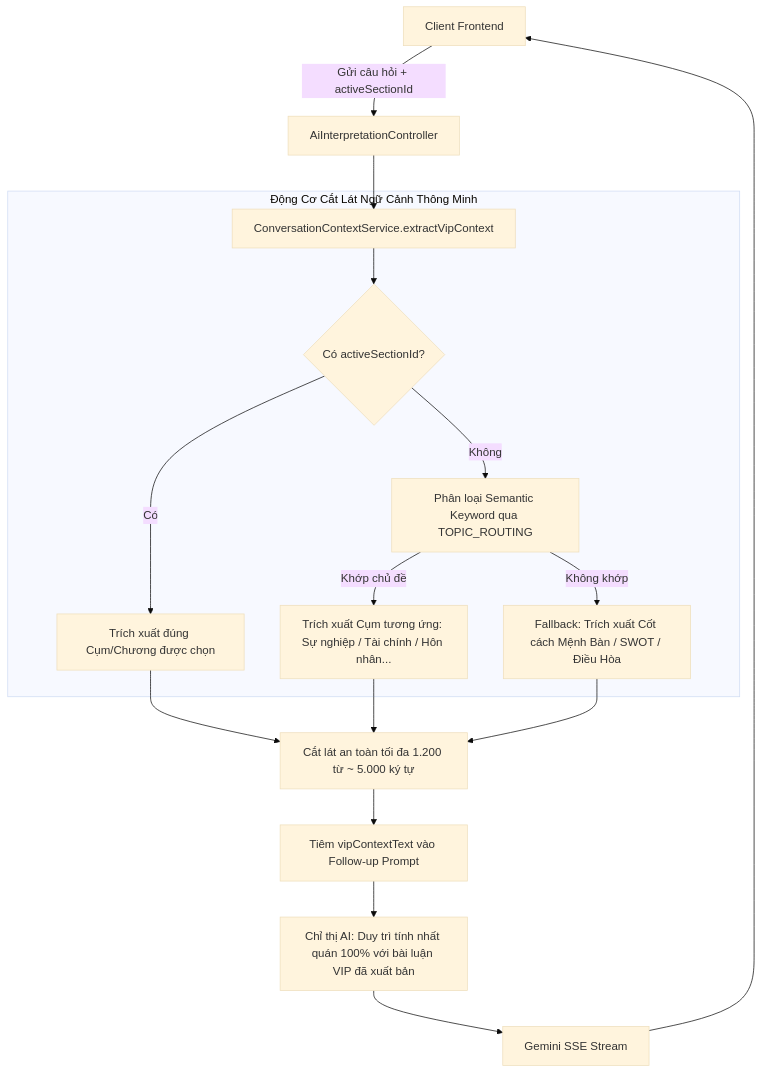
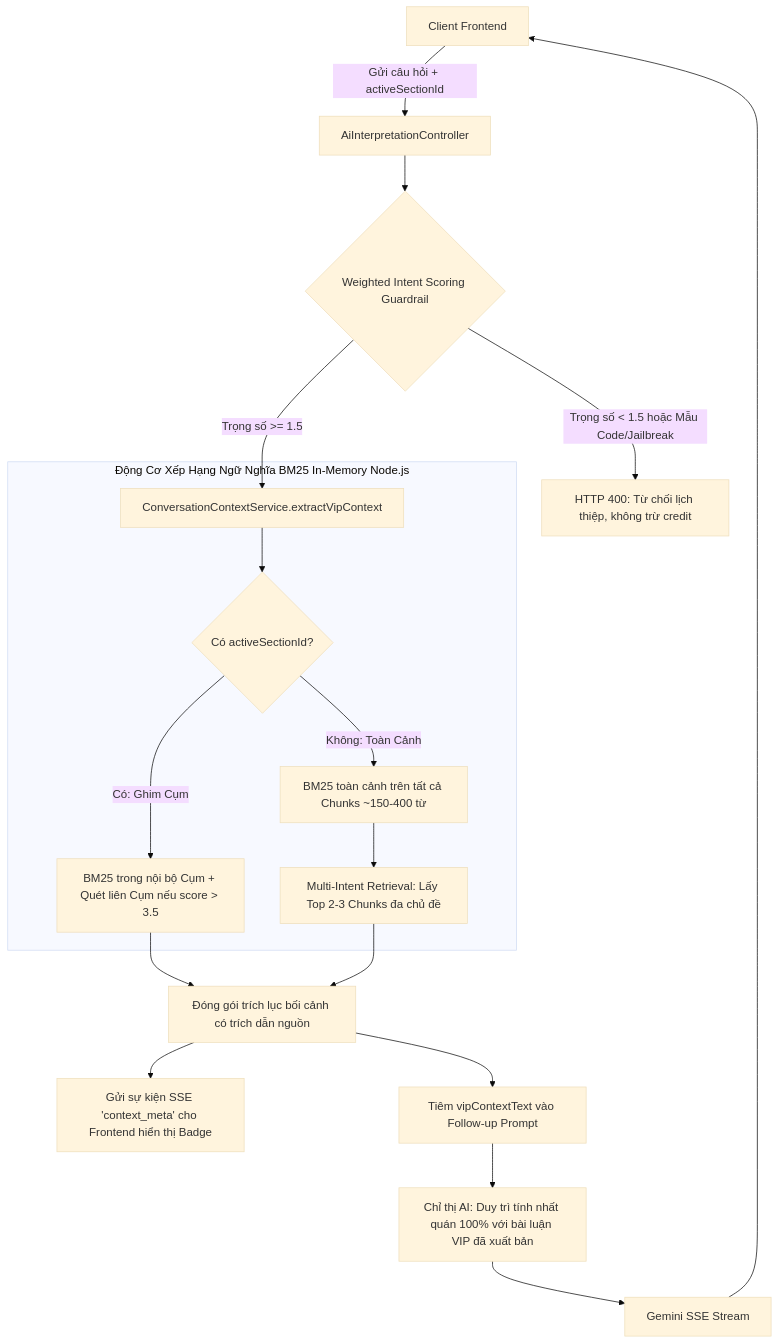
Before and after one commit to tuynover/Phong_Thuy: the fifth of 8 diagrams in docs/ARCHITECTURE.md, drawn with Mermaid (base theme). The commit also changed other lines of this file and 7 other files, not shown here.

Commit message:
9/9/2026 lan 2:update chấm điểm chat , thuật toán phân biệt ngữ nghĩa

````diff
--- a/docs/ARCHITECTURE.md
+++ b/docs/ARCHITECTURE.md
@@ -244,22 +244,22 @@
 ```mermaid
 flowchart TD
     Client[Client Frontend] -->|Gửi câu hỏi + activeSectionId| Ctrl[AiInterpretationController]
-    Ctrl --> ConvSvc[ConversationContextService.extractVipContext]
+    Ctrl --> IntentFilter{Weighted Intent Scoring Guardrail}
+    IntentFilter -->|Trọng số < 1.5 hoặc Mẫu Code/Jailbreak| Reject[HTTP 400: Từ chối lịch thiệp, không trừ credit]
+    IntentFilter -->|Trọng số >= 1.5| ConvSvc[ConversationContextService.extractVipContext]
     
-    subgraph ContextEngine [Động Cơ Cắt Lát Ngữ Cảnh Thông Minh]
+    subgraph SemanticEngine [Động Cơ Xếp Hạng Ngữ Nghĩa BM25 In-Memory Node.js]
         ConvSvc --> CheckActive{Có activeSectionId?}
-        CheckActive -->|Có| ExtractActive[Trích xuất đúng Cụm/Chương được chọn]
-        CheckActive -->|Không| IntentRoute[Phân loại Semantic Keyword qua TOPIC_ROUTING]
-        IntentRoute -->|Khớp chủ đề| ExtractTopic[Trích xuất Cụm tương ứng: Sự nghiệp / Tài chính / Hôn nhân...]
-        IntentRoute -->|Không khớp| ExtractFallback[Fallback: Trích xuất Cốt cách Mệnh Bàn / SWOT / Điều Hòa]
+        CheckActive -->|Có: Ghim Cụm| InSectionBM25[BM25 trong nội bộ Cụm + Quét liên Cụm nếu score > 3.5]
+        CheckActive -->|Không: Toàn Cảnh| GlobalBM25[BM25 toàn cảnh trên tất cả Chunks ~150-400 từ]
+        GlobalBM25 --> MultiIntent[Multi-Intent Retrieval: Lấy Top 2-3 Chunks đa chủ đề]
     end
 
-    ExtractActive --> Slice[Cắt lát an toàn tối đa 1.200 từ ~ 5.000 ký tự]
-    ExtractTopic --> Slice
-    ExtractFallback --> Slice
-
+    InSectionBM25 --> Slice[Đóng gói trích lục bối cảnh có trích dẫn nguồn]
+    MultiIntent --> Slice
+    Slice --> SSEMeta[Gửi sự kiện SSE 'context_meta' cho Frontend hiển thị Badge]
     Slice --> PromptInject[Tiêm vipContextText vào Follow-up Prompt]
     PromptInject --> SystemDirective["Chỉ thị AI: Duy trì tính nhất quán 100% với bài luận VIP đã xuất bản"]
     SystemDirective --> GeminiStream[Gemini SSE Stream]
     GeminiStream --> Client
 ```
````
